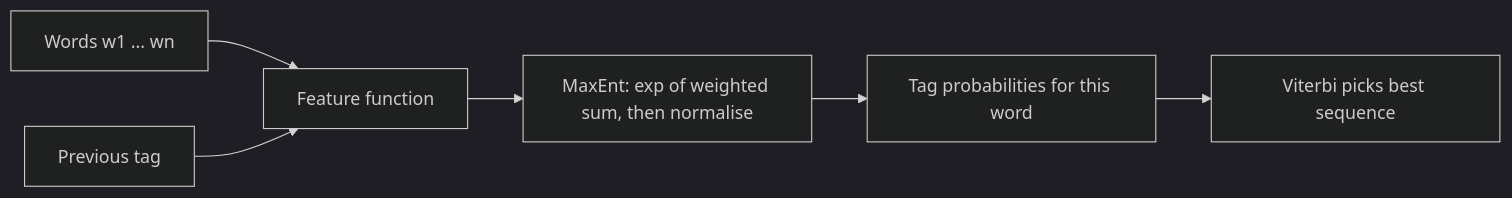
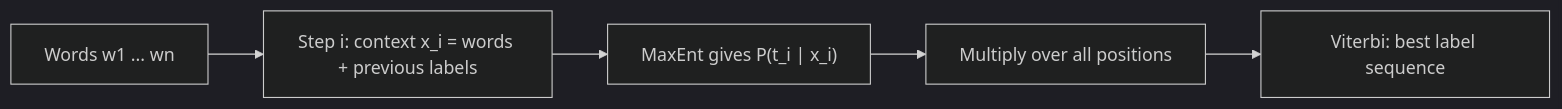
One commit to TrendySloth1001/sem-seven-notes changed the diagram in content/natural-language-processing/pyq/2024-12-ce/q6b.mdx. Above: the diagram before and after it, drawn with Mermaid (dark theme). The commit also changed other lines of this file and 406 other files, not shown here.

````diff
--- a/content/natural-language-processing/pyq/2024-12-ce/q6b.mdx
+++ b/content/natural-language-processing/pyq/2024-12-ce/q6b.mdx
@@ -34,9 +28,8 @@
 ```mermaid
-%% caption: In a MEMM each tag is predicted from the words and the previous tag; Viterbi finds the best whole sequence.
+%% caption: MEMM labelling: each step predicts from the words and the previous label, then Viterbi picks the best sequence.
 flowchart LR
-  W["Words w1 ... wn"] --> F["Feature function"]
-  T0["Previous tag"] --> F
-  F --> M["MaxEnt: exp of weighted sum, then normalise"]
-  M --> T1["Tag probabilities for this word"]
-  T1 --> V["Viterbi picks best sequence"]
+  A["Words w1 ... wn"] --> B["Step i: context x_i = words + previous labels"]
+  B --> C["MaxEnt gives P(t_i | x_i)"]
+  C --> D["Multiply over all positions"]
+  D --> E["Viterbi: best label sequence"]
 ```
````
